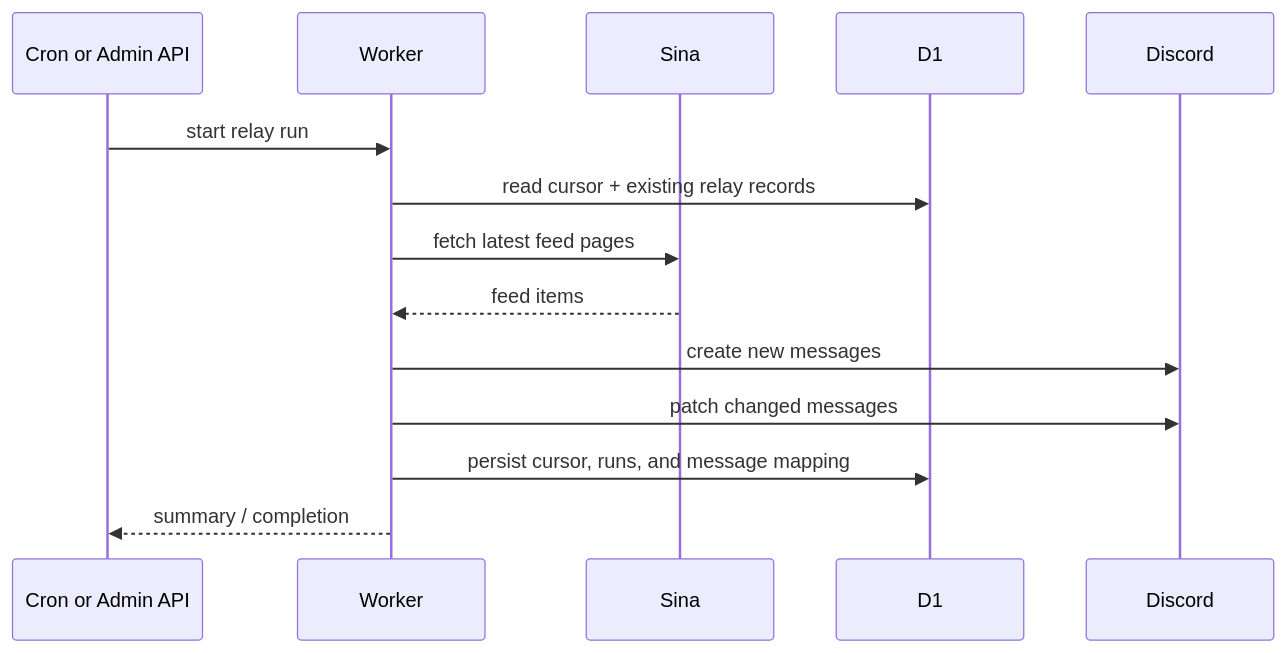
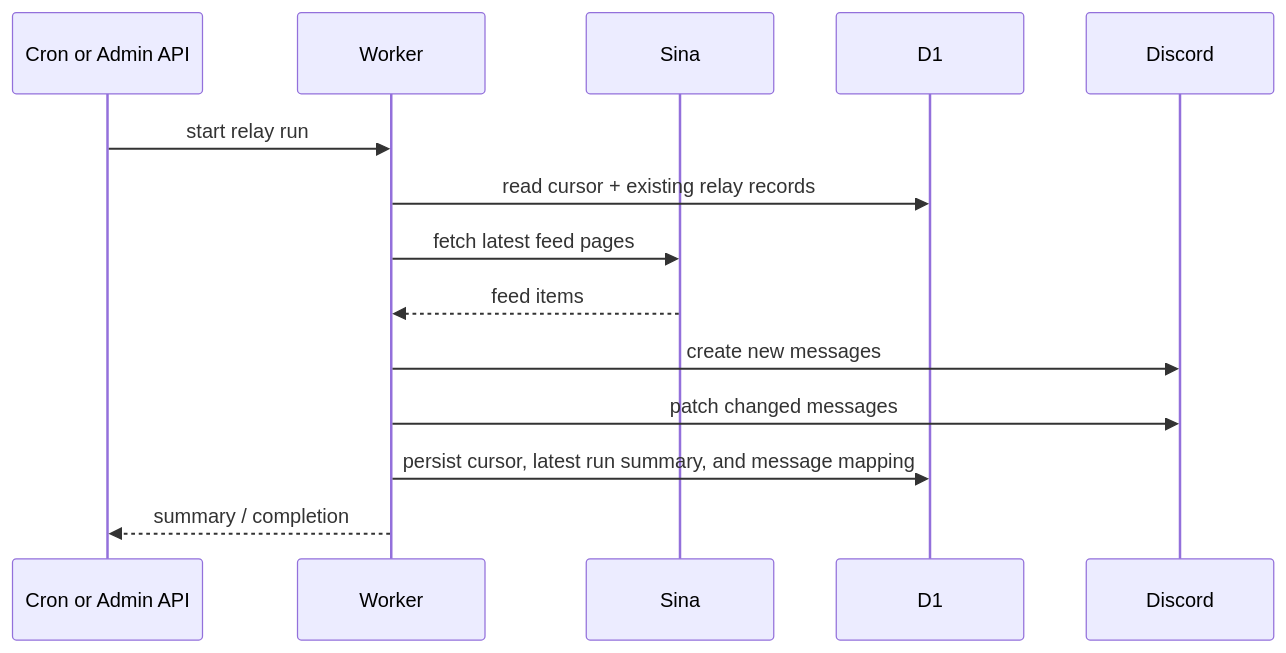
One commit to virtuecho/sina7x24-discord-relay changed the second of 2 diagrams in ARCHITECTURE.md. Above: the diagram before and after it, drawn with Mermaid. The commit also changed other lines of this file and 6 other files, not shown here.

````diff
--- a/ARCHITECTURE.md
+++ b/ARCHITECTURE.md
@@ -48,17 +48,17 @@
 ```mermaid
 sequenceDiagram
   participant Trigger as Cron or Admin API
   participant Worker
   participant Sina
   participant D1
   participant Discord
 
   Trigger->>Worker: start relay run
   Worker->>D1: read cursor + existing relay records
   Worker->>Sina: fetch latest feed pages
   Sina-->>Worker: feed items
   Worker->>Discord: create new messages
   Worker->>Discord: patch changed messages
-  Worker->>D1: persist cursor, runs, and message mapping
+  Worker->>D1: persist cursor, latest run summary, and message mapping
   Worker-->>Trigger: summary / completion
 ```
````
